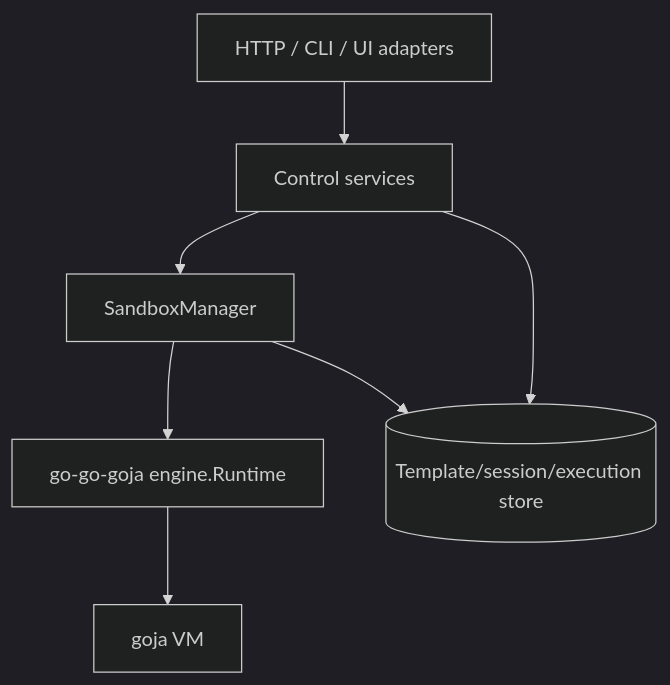
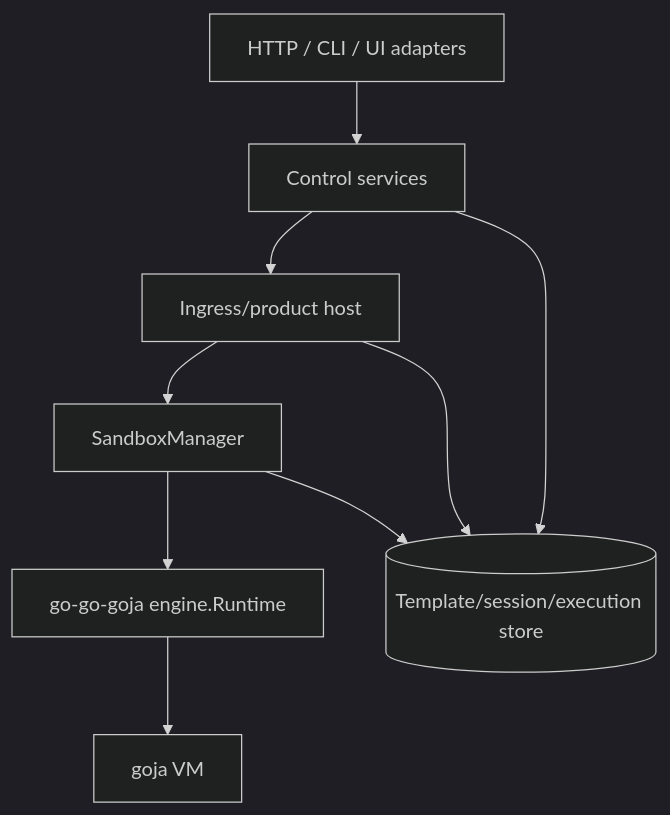
One commit to go-go-golems/go-go-parc changed the third of 3 diagrams in Projects/2026/05/23/ARTICLE - Goja Sandbox Architecture - Lessons from go-go-goja and vm-system.md. Above: the diagram before and after it, drawn with Mermaid (dark theme). The commit also changed other lines of this file, not shown here.

Commit message:
Update sandbox architecture report with go-go-host analysis

````diff
--- a/Projects/2026/05/23/ARTICLE - Goja Sandbox Architecture - Lessons from go-go-goja and vm-system.md
+++ b/Projects/2026/05/23/ARTICLE - Goja Sandbox Architecture - Lessons from go-go-goja and vm-system.md
@@ -645,9 +877,11 @@
 ```mermaid
 flowchart TD
     API[HTTP / CLI / UI adapters] --> Control[Control services]
-    Control --> Manager[SandboxManager]
+    Control --> Host[Ingress/product host]
+    Host --> Manager[SandboxManager]
     Manager --> Engine[go-go-goja engine.Runtime]
     Engine --> Goja[goja VM]
     Manager --> Store[(Template/session/execution store)]
     Control --> Store
+    Host --> Store
 ```
````
